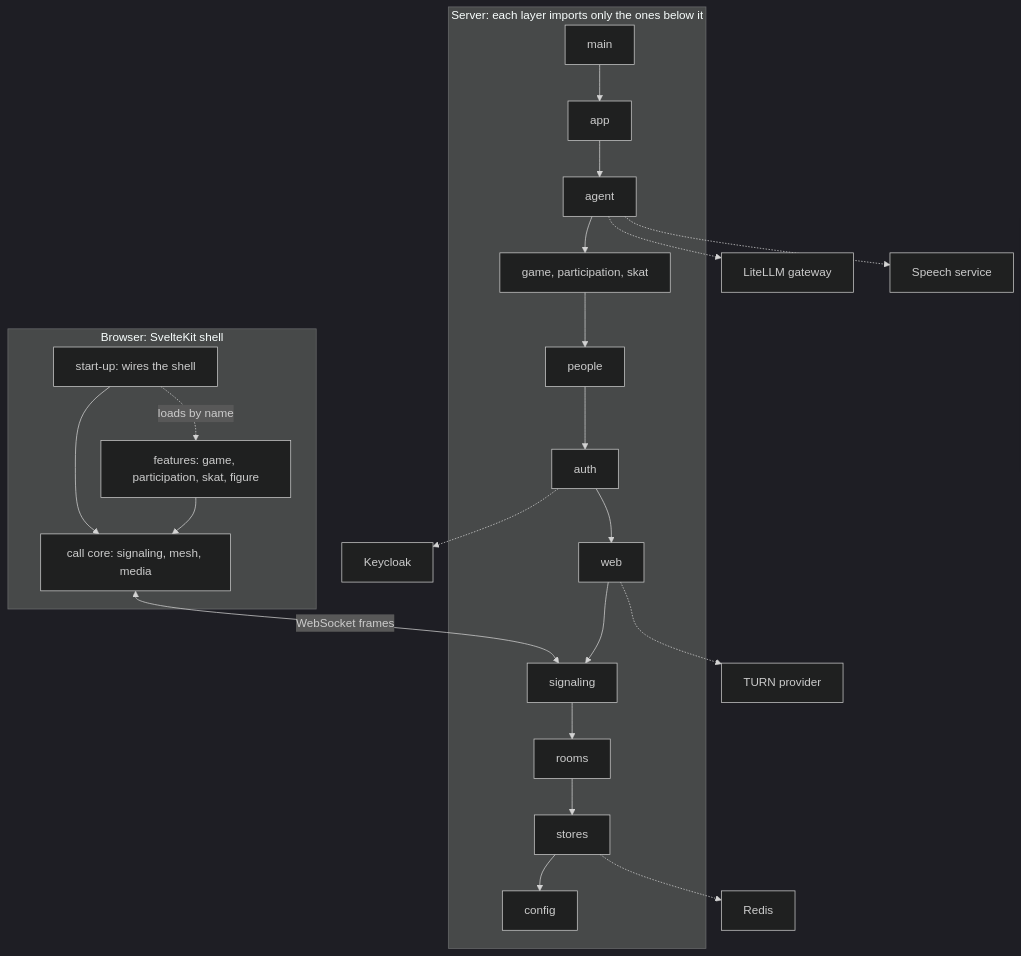
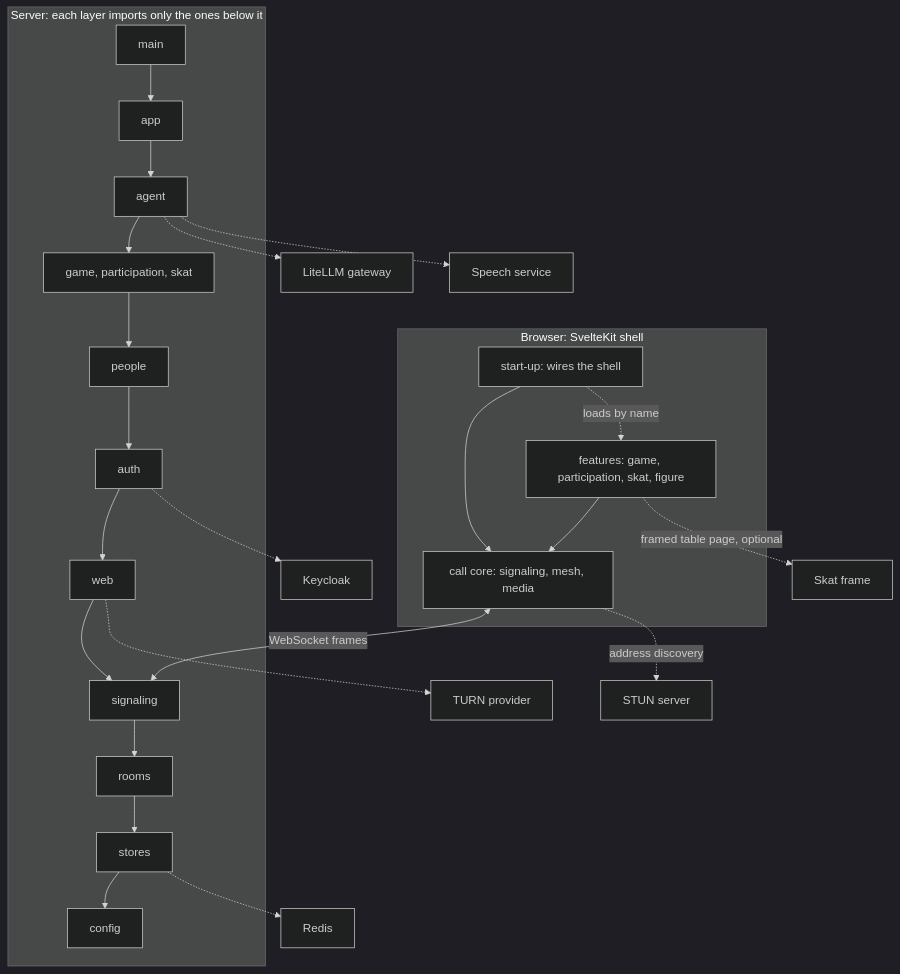
One commit to overnightworks/hopin changed the second of 4 diagrams in docs/ARCHITECTURE.md. Above: the diagram before and after it, drawn with Mermaid (dark theme). The commit also changed other lines of this file, not shown here.

Commit message:
Name the removal drill's two features and add STUN and Skat to the building block view
The Proof paragraph claimed the drill proves the call survives each feature's deletion, but scripts/remove_feature.py only removes the game and Skat; participation and the MCP connector stay. The building block view also left out the outside parties the item outline names, STUN and the Skat frame, which appeared only in the context view.

````diff
--- a/docs/ARCHITECTURE.md
+++ b/docs/ARCHITECTURE.md
@@ -35,18 +35,20 @@
 ```mermaid
 flowchart TB
     subgraph browser["Browser: SvelteKit shell"]
         shell["start-up: wires the shell"] --> core["call core: signaling, mesh, media"]
         shell -. "loads by name" .-> feats["features: game, participation, skat, figure"]
         feats --> core
     end
     core <-- "WebSocket frames" --> sig
+    core -. "address discovery" .-> ST[STUN server]
+    feats -. "framed table page, optional" .-> SK[Skat frame]
     subgraph server["Server: each layer imports only the ones below it"]
         main --> app --> agent --> features --> people --> auth --> web --> sig[signaling] --> rooms --> stores --> config
         features["game, participation, skat"]
     end
     auth -.-> KC[Keycloak]
     stores -.-> RD[Redis]
     agent -.-> LL[LiteLLM gateway]
     agent -.-> SP[Speech service]
     web -.-> TU[TURN provider]
 ```
````
